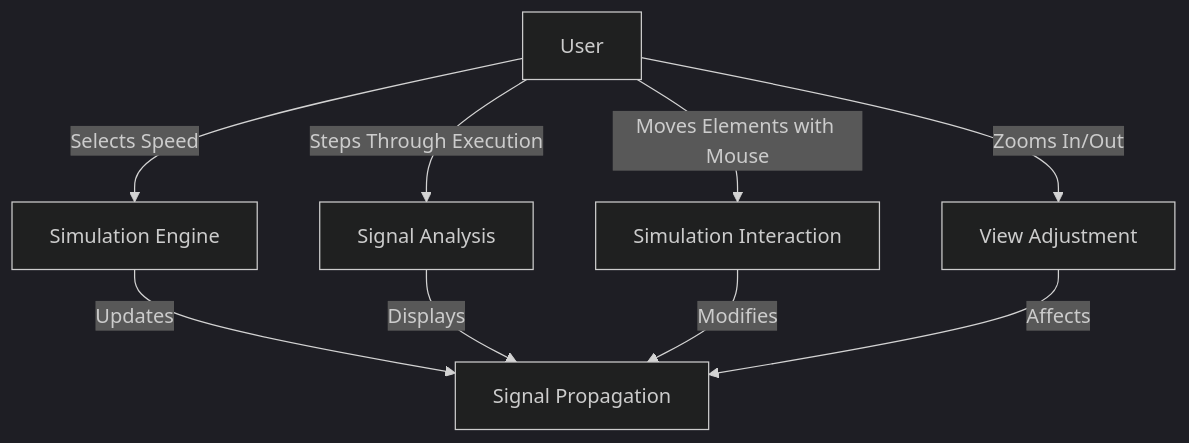
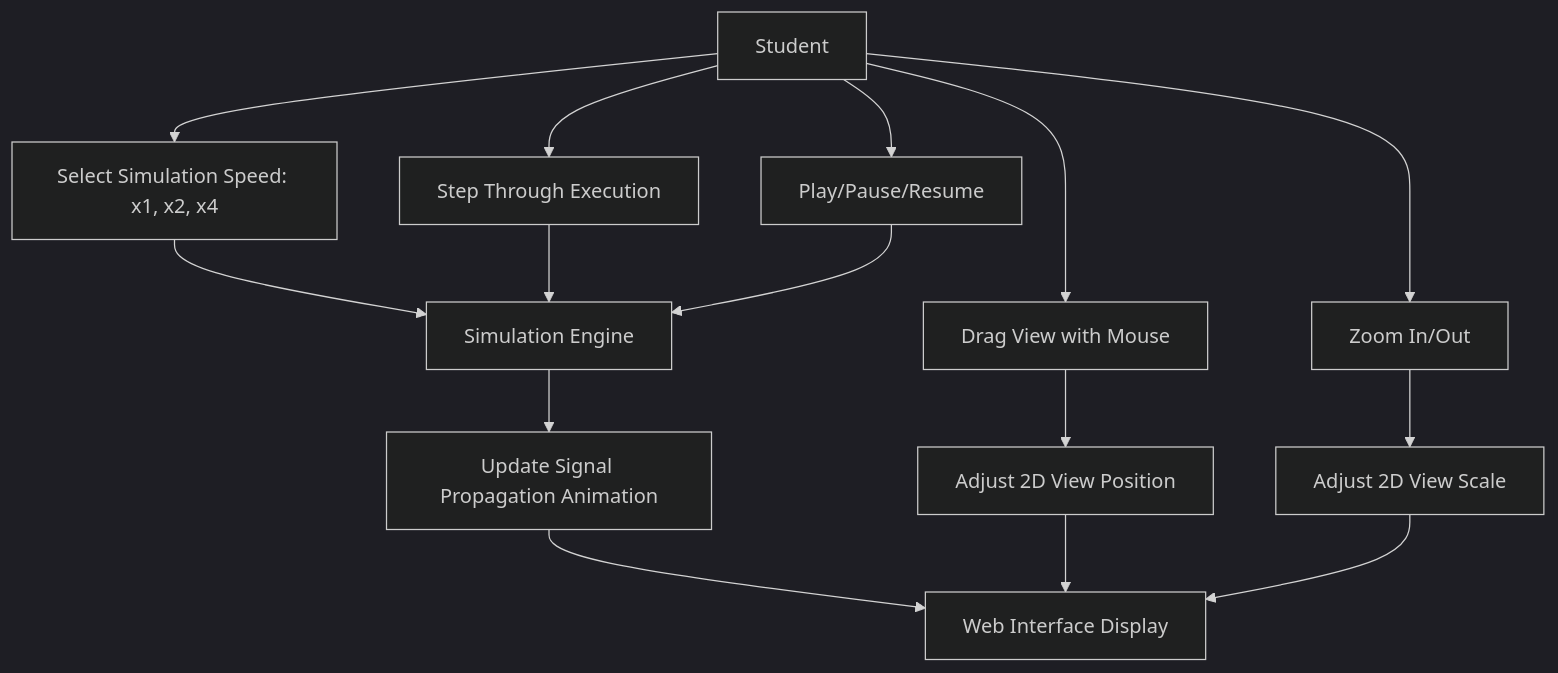
One commit to algosup/2024-2025-project-4-web-fpga-team-5 changed the first of 2 diagrams in documents/functional/functionalSpecifications.md. Above: the diagram before and after it, drawn with Mermaid (dark theme). The commit also changed other lines of this file and 6 other files, not shown here.

````diff
--- a/documents/functional/functionalSpecifications.md
+++ b/documents/functional/functionalSpecifications.md
@@ -284,11 +202,17 @@
 ```mermaid
-flowchart TD;
-    A[User] -->|Selects Speed| B[Simulation Engine]
-    A -->|Steps Through Execution| C[Signal Analysis]
-    A -->|Moves Elements with Mouse| D[Simulation Interaction]
-    A -->|Zooms In/Out| E[View Adjustment]
-    B -->|Updates| F[Signal Propagation]
-    C -->|Displays| F
-    D -->|Modifies| F
-    E -->|Affects| F
+flowchart TD
+    A[Student] --> B[Select Simulation Speed: x1, x2, x4]
+    A --> C[Step Through Execution]
+    A --> D[Play/Pause/Resume]
+    A --> E[Drag View with Mouse]
+    A --> F[Zoom In/Out]
+    B --> G[Simulation Engine]
+    C --> G
+    D --> G
+    G --> H[Update Signal Propagation Animation]
+    E --> I[Adjust 2D View Position]
+    F --> J[Adjust 2D View Scale]
+    H --> K[Web Interface Display]
+    I --> K
+    J --> K
 ```
````
